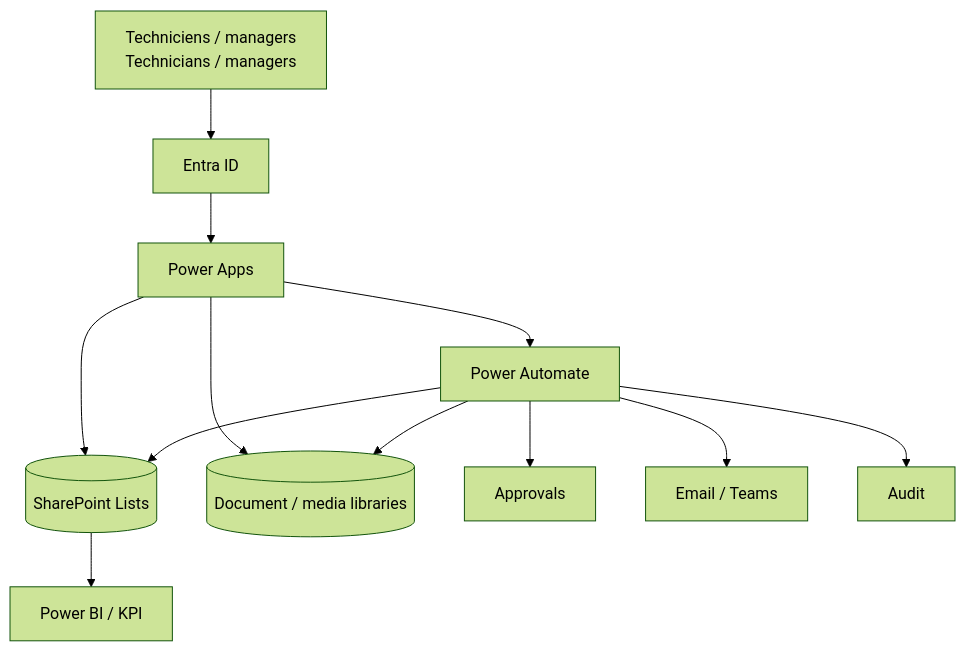
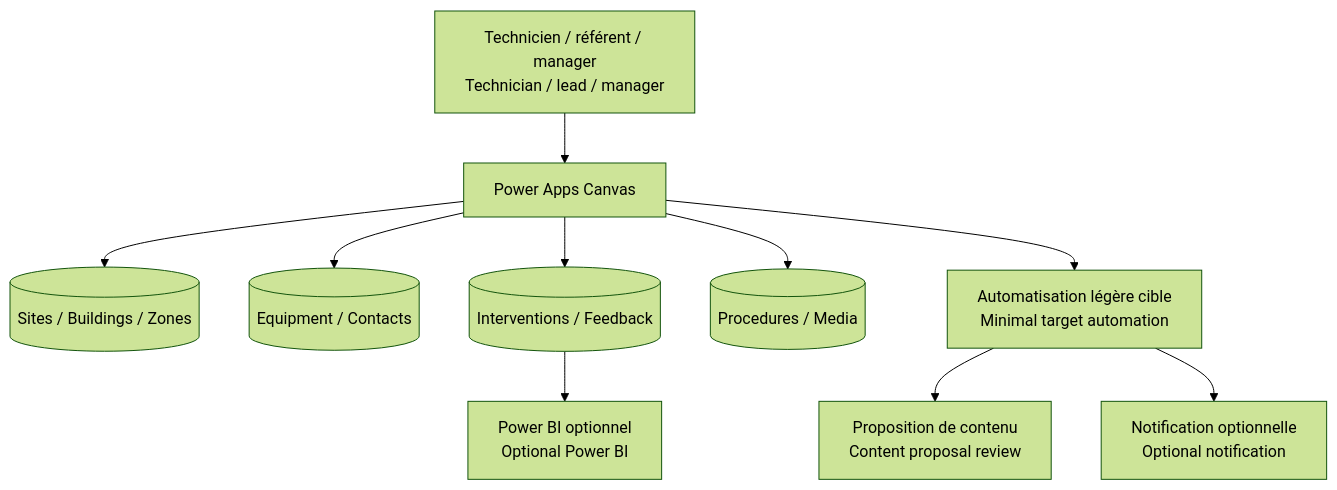
One commit to jeffersonkuku/jefferson-Mawapanga-Saku changed the diagram in projects/building-operations-hub/docs/ARCHITECTURE.md. Above: the diagram before and after it, drawn with Mermaid (forest theme). The commit also changed other lines of this file and 8 other files, not shown here.

Commit message:
Add complete app-focused technician documentation and full ticketing delegation design

````diff
--- a/projects/building-operations-hub/docs/ARCHITECTURE.md
+++ b/projects/building-operations-hub/docs/ARCHITECTURE.md
@@ -5,14 +8,17 @@
 ```mermaid
 flowchart TB
-    U[Techniciens / managers<br/>Technicians / managers] --> ID[Entra ID]
-    ID --> APP[Power Apps]
-    APP --> SP[(SharePoint Lists)]
-    APP --> LIB[(Document / media libraries)]
-    APP --> FLOW[Power Automate]
-    FLOW --> SP
-    FLOW --> LIB
-    FLOW --> APPR[Approvals]
-    FLOW --> MSG[Email / Teams]
-    FLOW --> AUD[Audit]
-    SP --> BI[Power BI / KPI]
+    U[Technicien / référent / manager<br/>Technician / lead / manager]
+    --> APP[Power Apps Canvas]
+
+    APP --> L1[(Sites / Buildings / Zones)]
+    APP --> L2[(Equipment / Contacts)]
+    APP --> L3[(Interventions / Feedback)]
+    APP --> LIB[(Procedures / Media)]
+
+    APP --> A1[Automatisation légère cible<br/>Minimal target automation]
+
+    A1 --> REVIEW[Proposition de contenu<br/>Content proposal review]
+    A1 --> NOTIF[Notification optionnelle<br/>Optional notification]
+
+    L3 --> BI[Power BI optionnel<br/>Optional Power BI]
 ```
````
